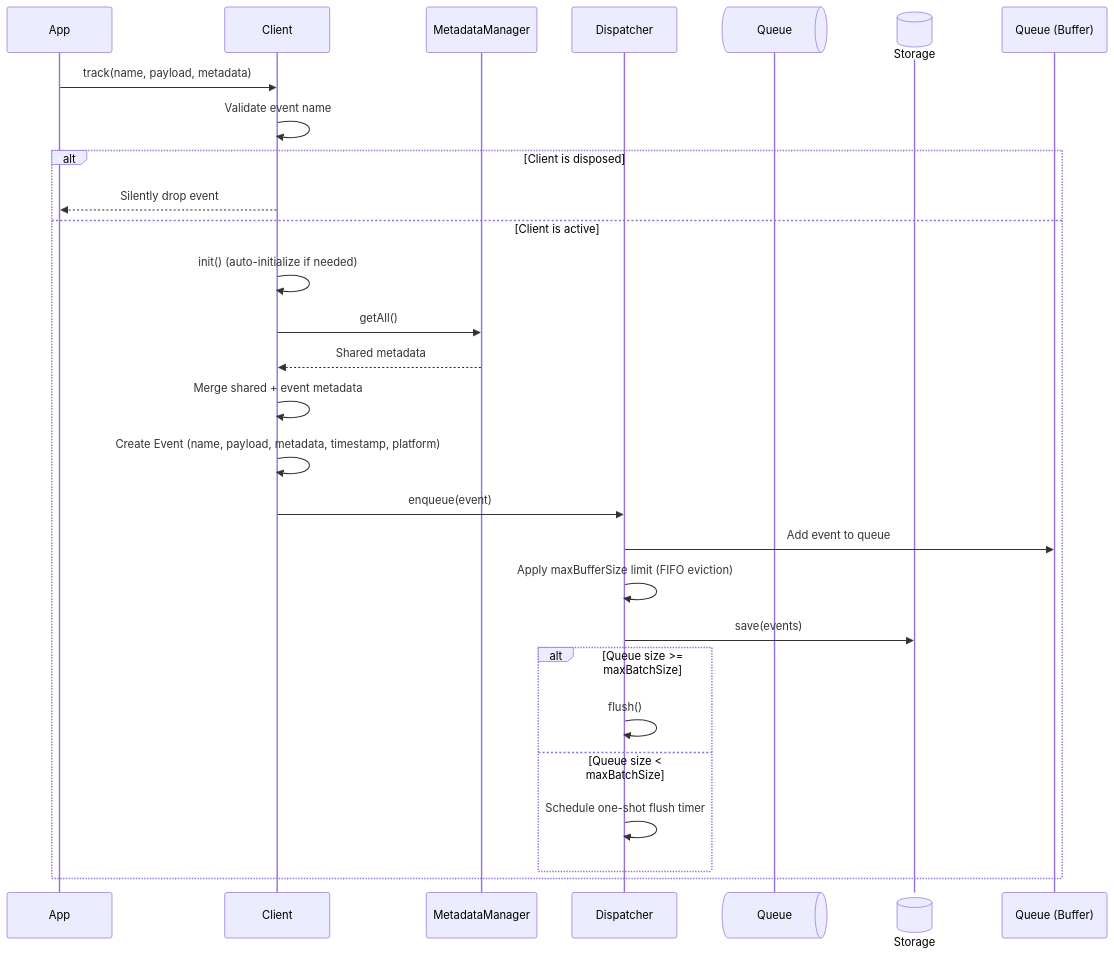
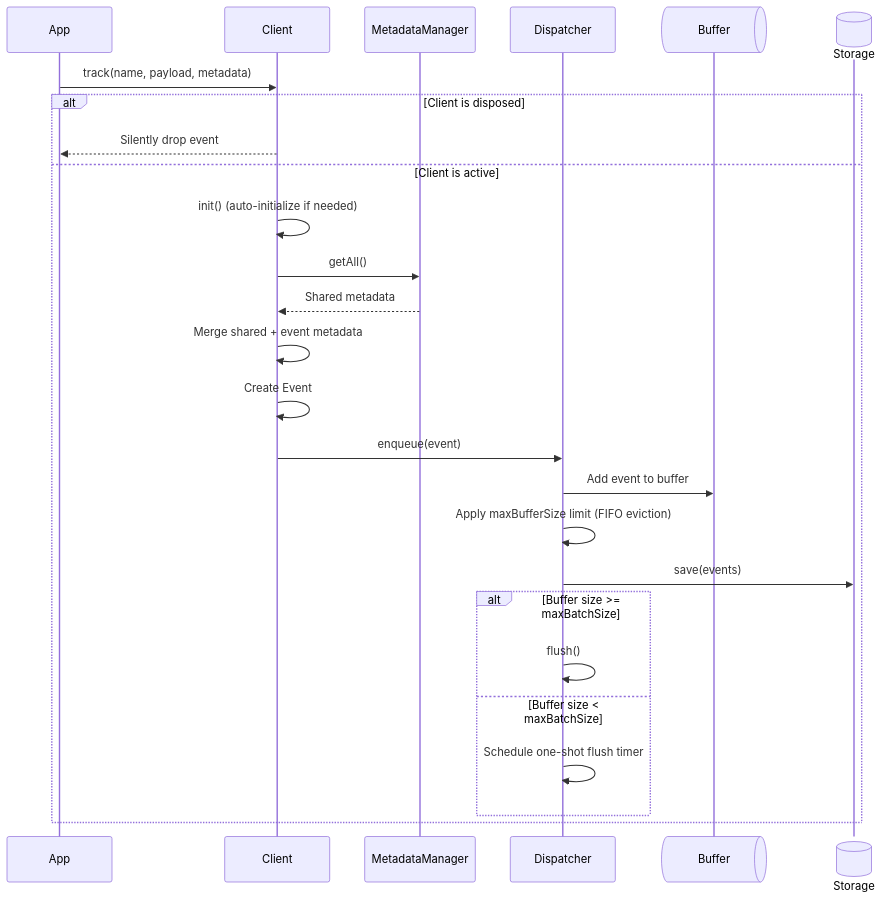
Before and after one commit to Tap30/ripple: the second of 9 diagrams in DESIGN_AND_CONTRACTS.md, drawn with Mermaid. The commit also changed other lines of this file, not shown here.

Commit message:
Refactor queue to buffer in design document

````diff
--- a/DESIGN_AND_CONTRACTS.md
+++ b/DESIGN_AND_CONTRACTS.md
@@ -263,30 +260,29 @@
 ```mermaid
 sequenceDiagram
     participant App
     participant Client
     participant MetadataManager
     participant Dispatcher
-    participant Queue@{ "type" : "queue" }
+    participant Buffer@{ "type" : "queue" }
     participant Storage@{ "type" : "database" }
 
     App->>Client: track(name, payload, metadata)
-    Client->>Client: Validate event name
     alt Client is disposed
         Client-->>App: Silently drop event
     else Client is active
         Client->>Client: init() (auto-initialize if needed)
         Client->>MetadataManager: getAll()
         MetadataManager-->>Client: Shared metadata
         Client->>Client: Merge shared + event metadata
-        Client->>Client: Create Event (name, payload, metadata, timestamp, platform)
+        Client->>Client: Create Event
         Client->>Dispatcher: enqueue(event)
-        Dispatcher->>Queue (Buffer): Add event to queue
+        Dispatcher->>Buffer: Add event to buffer
         Dispatcher->>Dispatcher: Apply maxBufferSize limit (FIFO eviction)
         Dispatcher->>Storage: save(events)
-        alt Queue size >= maxBatchSize
+        alt Buffer size >= maxBatchSize
             Dispatcher->>Dispatcher: flush()
-        else Queue size < maxBatchSize
+        else Buffer size < maxBatchSize
             Dispatcher->>Dispatcher: Schedule one-shot flush timer
         end
     end
 ```
````
